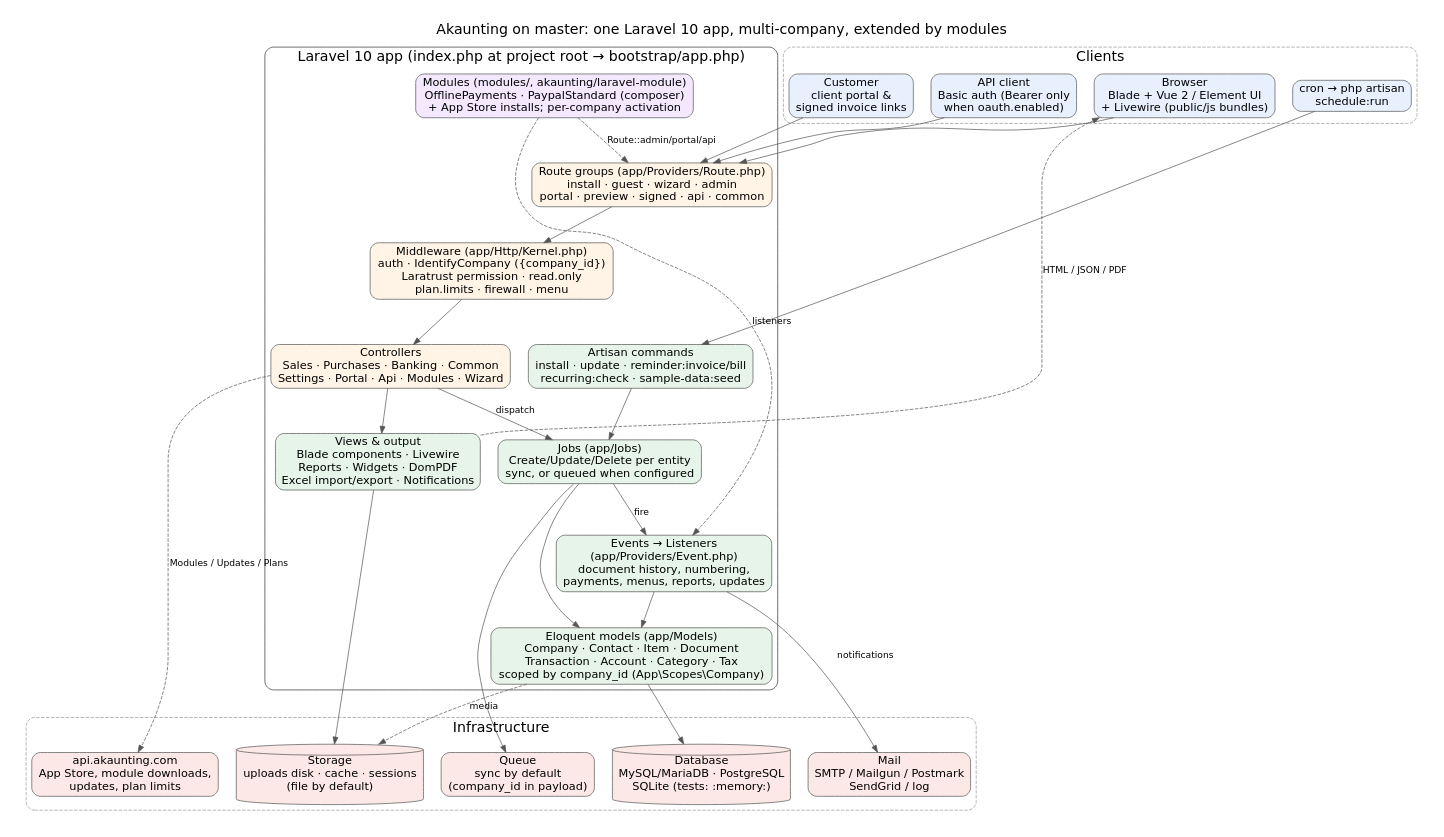
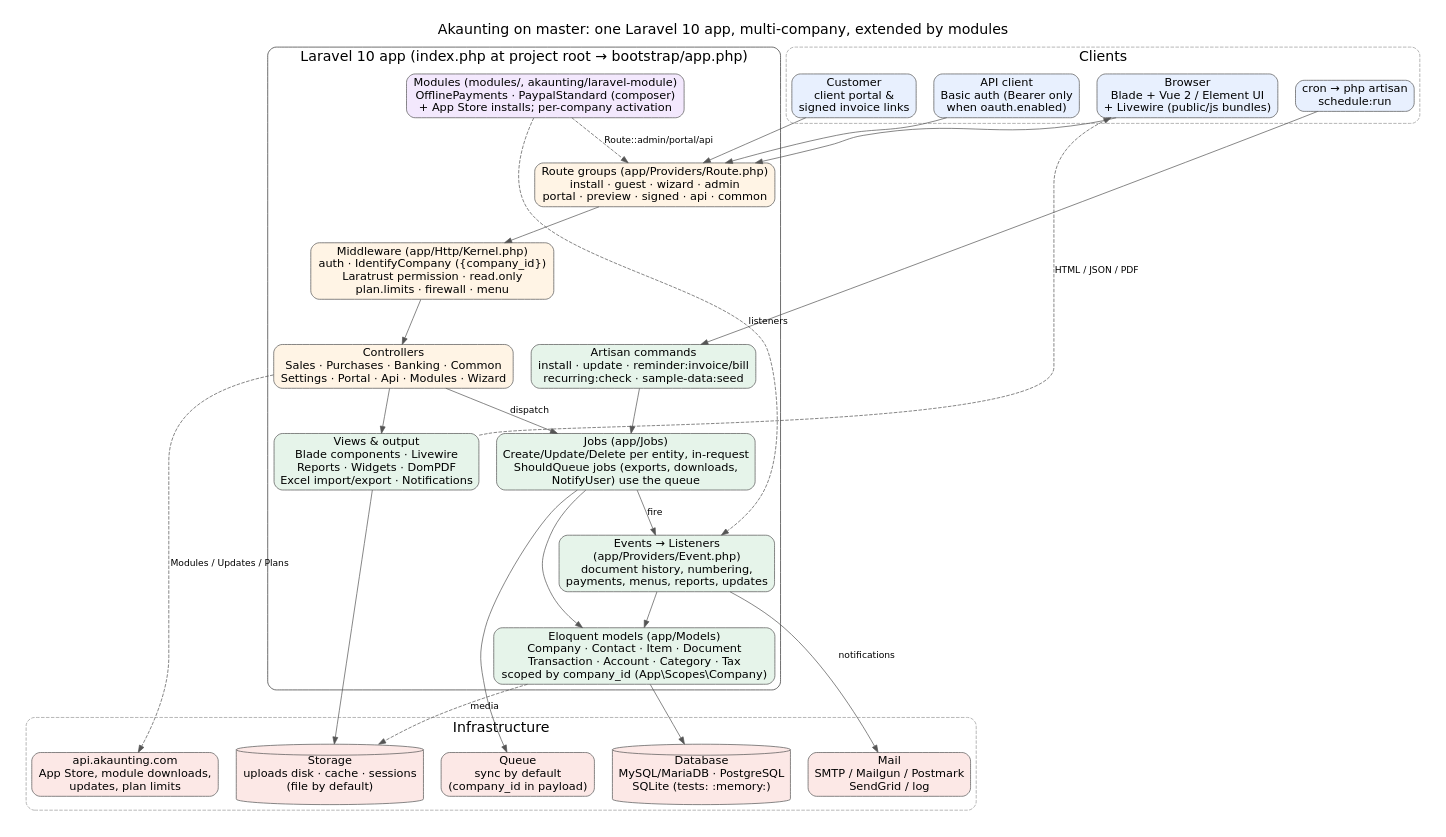
One commit to COG-GTM/akaunting changed the diagram in docs/diagrams/architecture.dot. Above: the diagram before and after it, drawn with Graphviz. The commit also changed 3 other files, not shown here.

Commit message:
feature: architecture doc says only ShouldQueue jobs are queued

```diff
--- a/docs/diagrams/architecture.dot
+++ b/docs/diagrams/architecture.dot
@@ -1,52 +1,52 @@
 // Akaunting architecture (master). Render with ./render.sh
 digraph akaunting {
   graph [rankdir=TB, fontname="DejaVu Sans", fontsize=20, nodesep=0.35, ranksep=0.7, pad=0.3,
          label="Akaunting on master: one Laravel 10 app, multi-company, extended by modules", labelloc=t];
   node  [shape=box, style="rounded,filled", fontname="DejaVu Sans", fontsize=16, fillcolor=white, color="#555555"];
   edge  [fontname="DejaVu Sans", fontsize=13, color="#555555"];
 
   subgraph cluster_clients {
     label="Clients"; style="rounded,dashed"; color="#999999";
     browser   [label="Browser\nBlade + Vue 2 / Element UI\n+ Livewire (public/js bundles)", fillcolor="#e8f0fe"];
     customer  [label="Customer\nclient portal &\nsigned invoice links", fillcolor="#e8f0fe"];
     apiclient [label="API client\nBasic auth (Bearer only\nwhen oauth.enabled)", fillcolor="#e8f0fe"];
     cron      [label="cron → php artisan\nschedule:run", fillcolor="#e8f0fe"];
   }
 
   subgraph cluster_app {
     label="Laravel 10 app (index.php at project root → bootstrap/app.php)"; style="rounded"; color="#333333";
 
     routes [label="Route groups (app/Providers/Route.php)\ninstall · guest · wizard · admin\nportal · preview · signed · api · common", fillcolor="#fff4e5"];
     mw     [label="Middleware (app/Http/Kernel.php)\nauth · IdentifyCompany ({company_id})\nLaratrust permission · read.only\nplan.limits · firewall · menu", fillcolor="#fff4e5"];
     ctrl   [label="Controllers\nSales · Purchases · Banking · Common\nSettings · Portal · Api · Modules · Wizard", fillcolor="#fff4e5"];
-    jobs   [label="Jobs (app/Jobs)\nCreate/Update/Delete per entity\nsync, or queued when configured", fillcolor="#e6f4ea"];
+    jobs   [label="Jobs (app/Jobs)\nCreate/Update/Delete per entity, in-request\nShouldQueue jobs (exports, downloads,\nNotifyUser) use the queue", fillcolor="#e6f4ea"];
     events [label="Events → Listeners\n(app/Providers/Event.php)\ndocument history, numbering,\npayments, menus, reports, updates", fillcolor="#e6f4ea"];
     models [label="Eloquent models (app/Models)\nCompany · Contact · Item · Document\nTransaction · Account · Category · Tax\nscoped by company_id (App\\Scopes\\Company)", fillcolor="#e6f4ea"];
     views  [label="Views & output\nBlade components · Livewire\nReports · Widgets · DomPDF\nExcel import/export · Notifications", fillcolor="#e6f4ea"];
     console[label="Artisan commands\ninstall · update · reminder:invoice/bill\nrecurring:check · sample-data:seed", fillcolor="#e6f4ea"];
     modules[label="Modules (modules/, akaunting/laravel-module)\nOfflinePayments · PaypalStandard (composer)\n+ App Store installs; per-company activation", fillcolor="#f3e8fd"];
   }
 
   subgraph cluster_infra {
     label="Infrastructure"; style="rounded,dashed"; color="#999999";
     db      [label="Database\nMySQL/MariaDB · PostgreSQL\nSQLite (tests: :memory:)", shape=cylinder, fillcolor="#fce8e6"];
     storage [label="Storage\nuploads disk · cache · sessions\n(file by default)", shape=cylinder, fillcolor="#fce8e6"];
     queue   [label="Queue\nsync by default\n(company_id in payload)", fillcolor="#fce8e6"];
     mail    [label="Mail\nSMTP / Mailgun / Postmark\nSendGrid / log", fillcolor="#fce8e6"];
     siteapi [label="api.akaunting.com\nApp Store, module downloads,\nupdates, plan limits", fillcolor="#fce8e6"];
   }
 
   browser -> routes; customer -> routes; apiclient -> routes; cron -> console;
   routes -> mw -> ctrl;
   ctrl -> jobs [label="dispatch"];
   jobs -> models; jobs -> events [label="fire"];
   events -> models;
   ctrl -> views; views -> browser [style=dashed, label="HTML / JSON / PDF"];
   console -> jobs;
   models -> db;
   jobs -> queue; views -> storage; models -> storage [style=dashed, label="media"];
   events -> mail [label="notifications"];
   modules -> routes [style=dashed, label="Route::admin/portal/api"];
   modules -> events [style=dashed, label="listeners"];
   ctrl -> siteapi [style=dashed, label="Modules / Updates / Plans"];
 }
```
